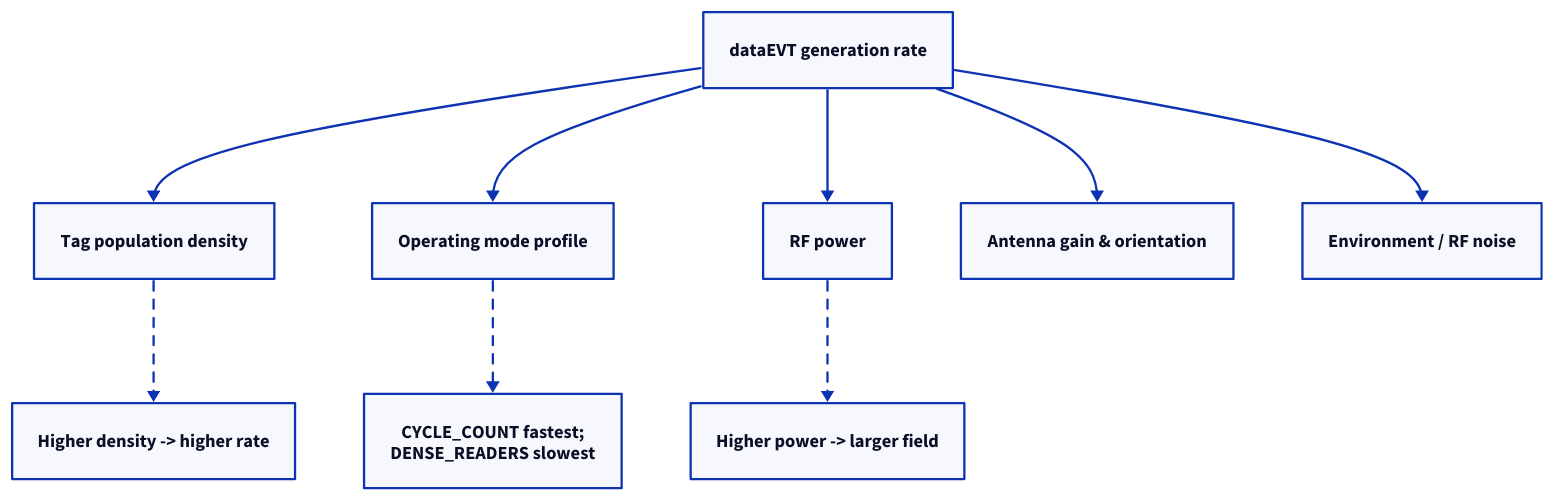
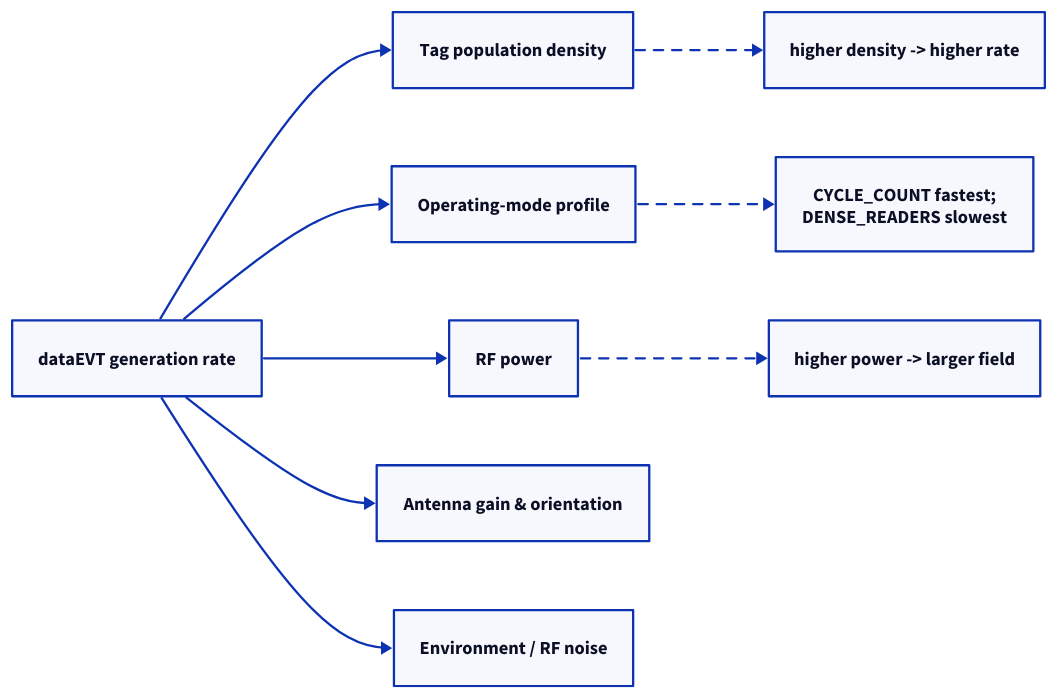
One commit to admiral-ai/zebra-handheld-rfid-iotc changed the second of 2 diagrams in docs/rfid/tag-data/architecture.md. Above: the diagram before and after it, drawn with D2. The commit also changed other lines of this file and 40 other files, not shown here.

First line of the commit message:
Redesign all 54 D2 diagrams to a unified visual system

````diff
--- a/docs/rfid/tag-data/architecture.md
+++ b/docs/rfid/tag-data/architecture.md
@@ -46,19 +47,21 @@
 ```d2
+direction: right
 R: dataEVT generation rate
 F1: Tag population density
-F2: Operating mode profile
+F2: Operating-mode profile
 F3: RF power
 F4: Antenna gain & orientation
 F5: Environment / RF noise
-R1: Higher density -> higher rate
+R1: higher density -> higher rate
 R2: "CYCLE_COUNT fastest;\nDENSE_READERS slowest"
-R3: Higher power -> larger field
+R3: higher power -> larger field
 R -> F1
 R -> F2
 R -> F3
 R -> F4
 R -> F5
-F1 -> R1: { style.stroke-dash: 4 }
-F2 -> R2: { style.stroke-dash: 4 }
-F3 -> R3: { style.stroke-dash: 4 }
+F1 -> R1 { style.stroke-dash: 4 }
+F2 -> R2 { style.stroke-dash: 4 }
+F3 -> R3 { style.stroke-dash: 4 }
+
 ```
````
